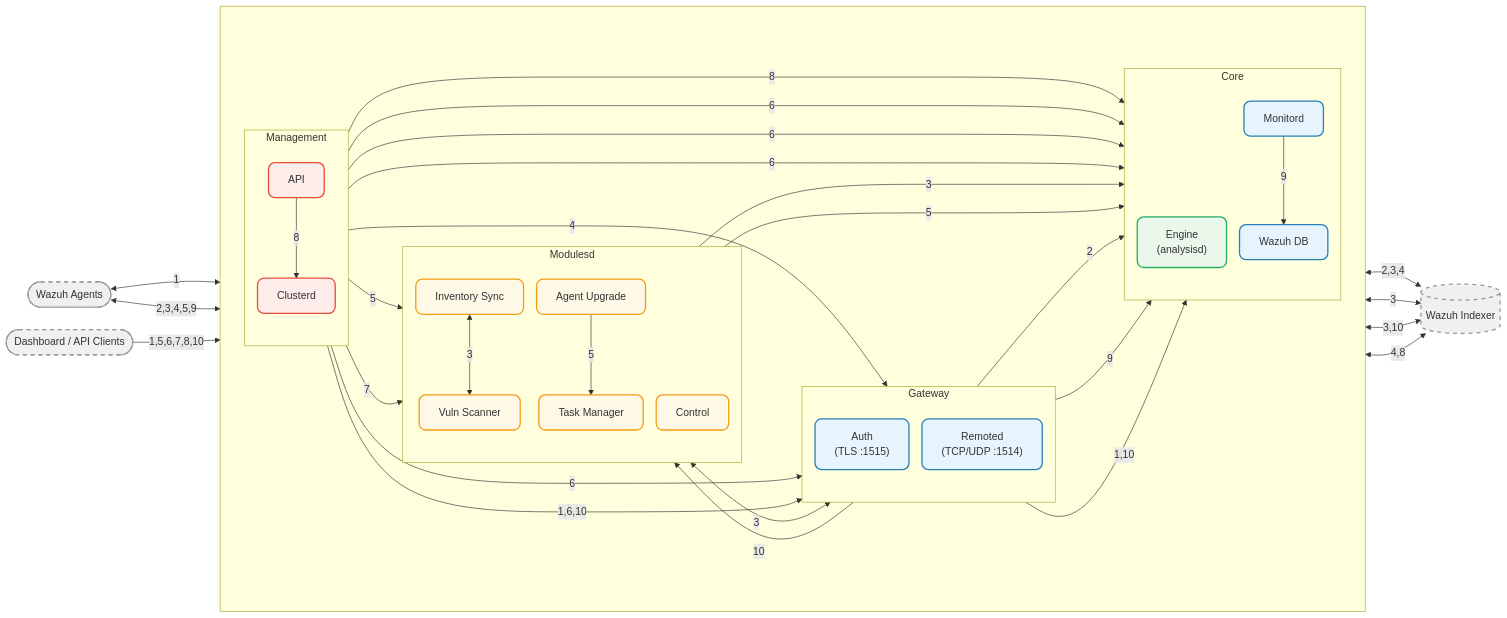
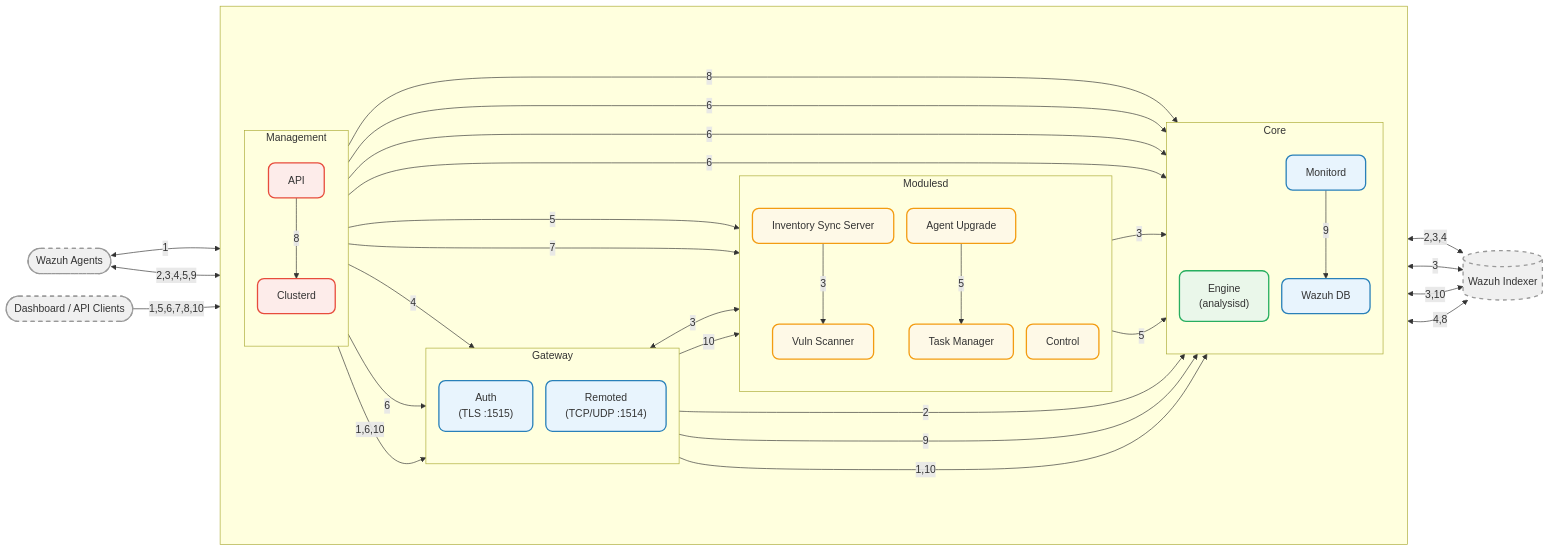
The diagram in docs/ref/architecture.md (wazuh/wazuh), drawn with Mermaid before and after one commit. The commit also changed other lines of this file and 27 other files, not shown here.

```diff
--- a/docs/ref/architecture.md
+++ b/docs/ref/architecture.md
@@ -44,7 +44,7 @@
   subgraph modulesd["Modulesd"]
     direction TB
     vs["Vuln Scanner"]:::m
-    is["Inventory Sync"]:::m
+    is["Inventory Sync Server"]:::m
     au["Agent Upgrade"]:::m
     tm["Task Manager"]:::m
     ctrl["Control"]:::m
@@ -73,12 +73,12 @@
 tm -->|5| wdb
 monitord -->|9| wdb
 
-%% Modulesd internal
-is <-->|3| vs
+%% Modulesd internal (in-process VD scan lane)
+is -->|3| vs
 au -->|5| tm
 
-%% Modulesd ↔ Gateway (via Router)
-is <-->|3| remoted
+%% Modulesd ↔ Gateway (UDS relay: POST /stateful → queue/sockets/inventory-sync.sock)
+remoted <-->|3| is
 authd -->|10| is
 
 %% Core / Modulesd → Indexer
```
